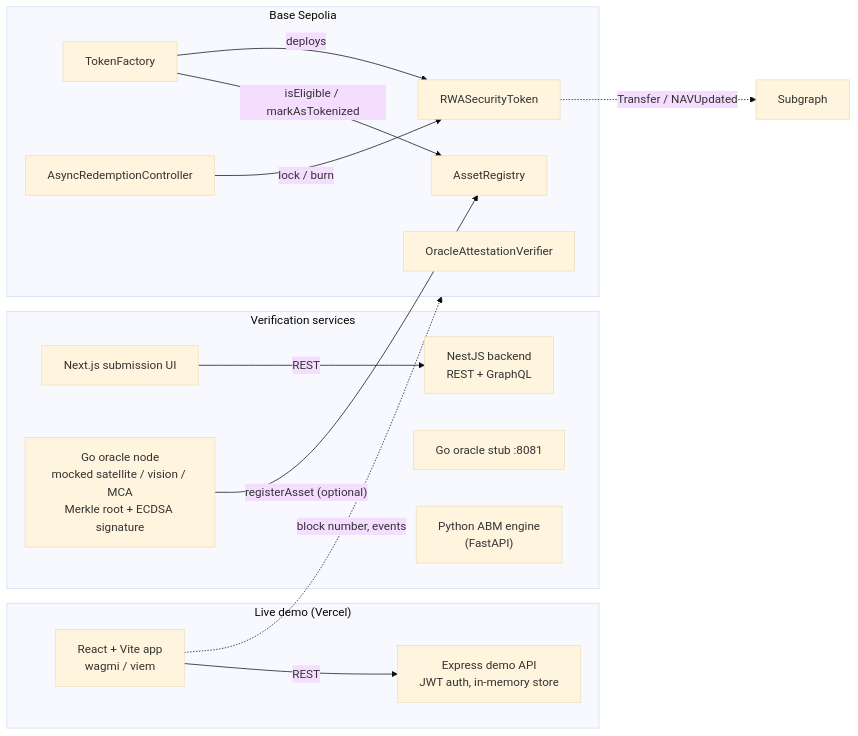
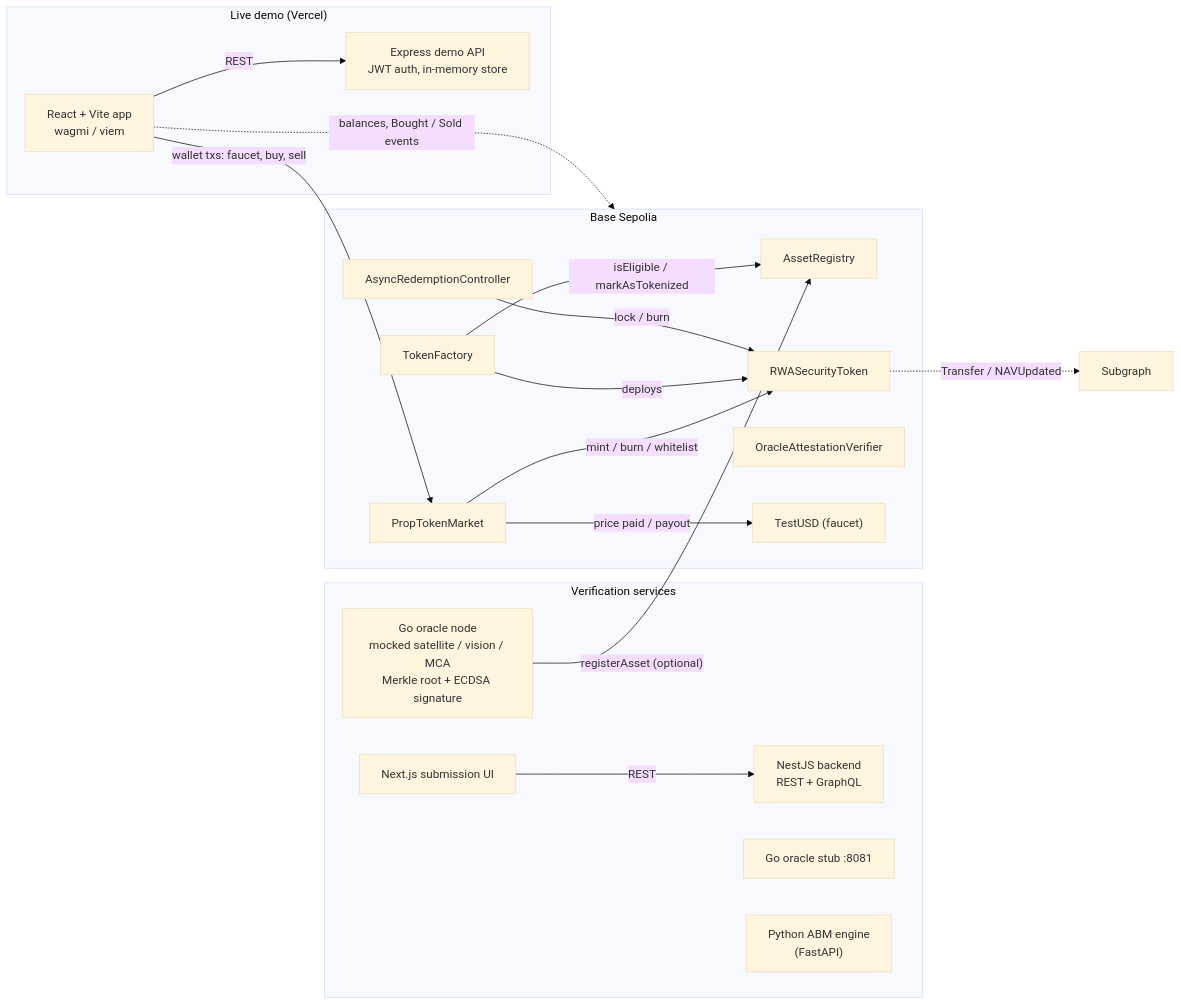
The diagram in README.md (monickverma/proptoken2), drawn with Mermaid (base theme) before and after one commit. The commit also changed other lines of this file, not shown here.

First line of the commit message:
README: document the testnet market

````diff
--- a/README.md
+++ b/README.md
@@ -29,32 +29,37 @@
 ```mermaid
 flowchart LR
     subgraph Web["Live demo (Vercel)"]
         UI["React + Vite app<br/>wagmi / viem"]
         API["Express demo API<br/>JWT auth, in-memory store"]
         UI -- REST --> API
     end
 
     subgraph Verify["Verification services"]
         NEXT["Next.js submission UI"]
         NEST["NestJS backend<br/>REST + GraphQL"]
         STUB["Go oracle stub :8081"]
         ORACLE["Go oracle node<br/>mocked satellite / vision / MCA<br/>Merkle root + ECDSA signature"]
         ABM["Python ABM engine<br/>(FastAPI)"]
         NEXT -- REST --> NEST
     end
 
     subgraph Chain["Base Sepolia"]
         REG["AssetRegistry"]
         FACT["TokenFactory"]
         TOK["RWASecurityToken"]
         RED["AsyncRedemptionController"]
         VER["OracleAttestationVerifier"]
+        MKT["PropTokenMarket"]
+        USD["TestUSD (faucet)"]
         FACT -- "isEligible / markAsTokenized" --> REG
+        MKT -- "mint / burn / whitelist" --> TOK
+        MKT -- "price paid / payout" --> USD
         FACT -- deploys --> TOK
         RED -- "lock / burn" --> TOK
     end
 
-    UI -. "block number, events" .-> Chain
+    UI -- "wallet txs: faucet, buy, sell" --> MKT
+    UI -. "balances, Bought / Sold events" .-> Chain
     ORACLE -- "registerAsset (optional)" --> REG
     TOK -. "Transfer / NAVUpdated" .-> SG["Subgraph"]
 ```
````
